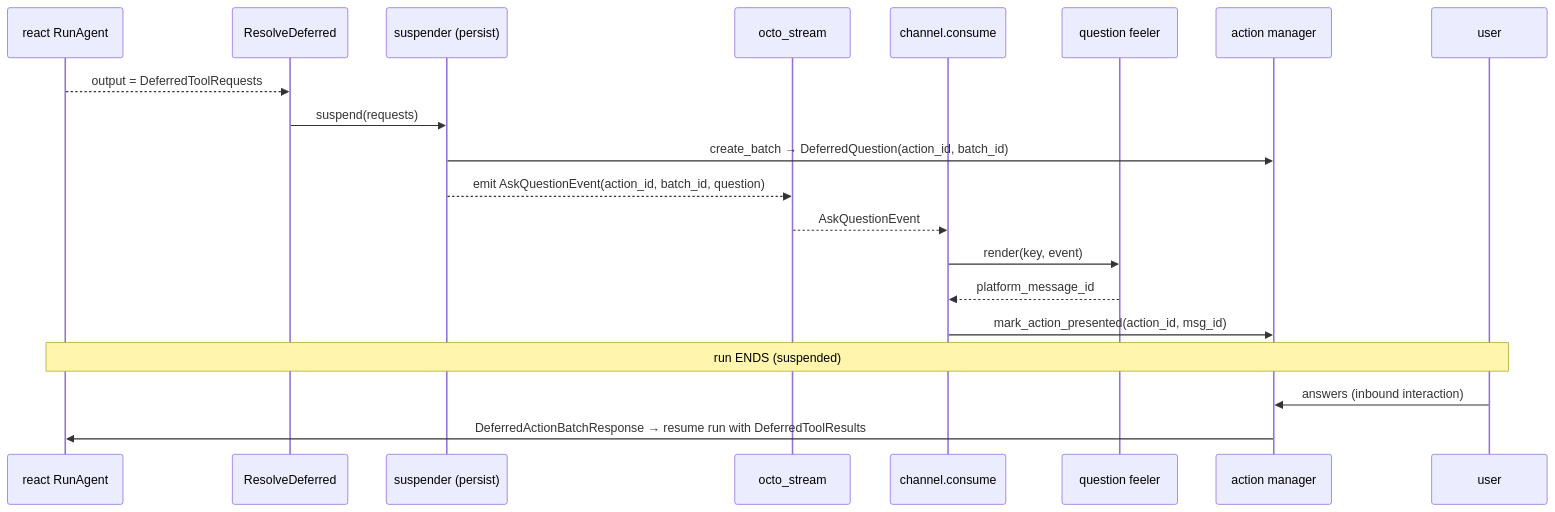
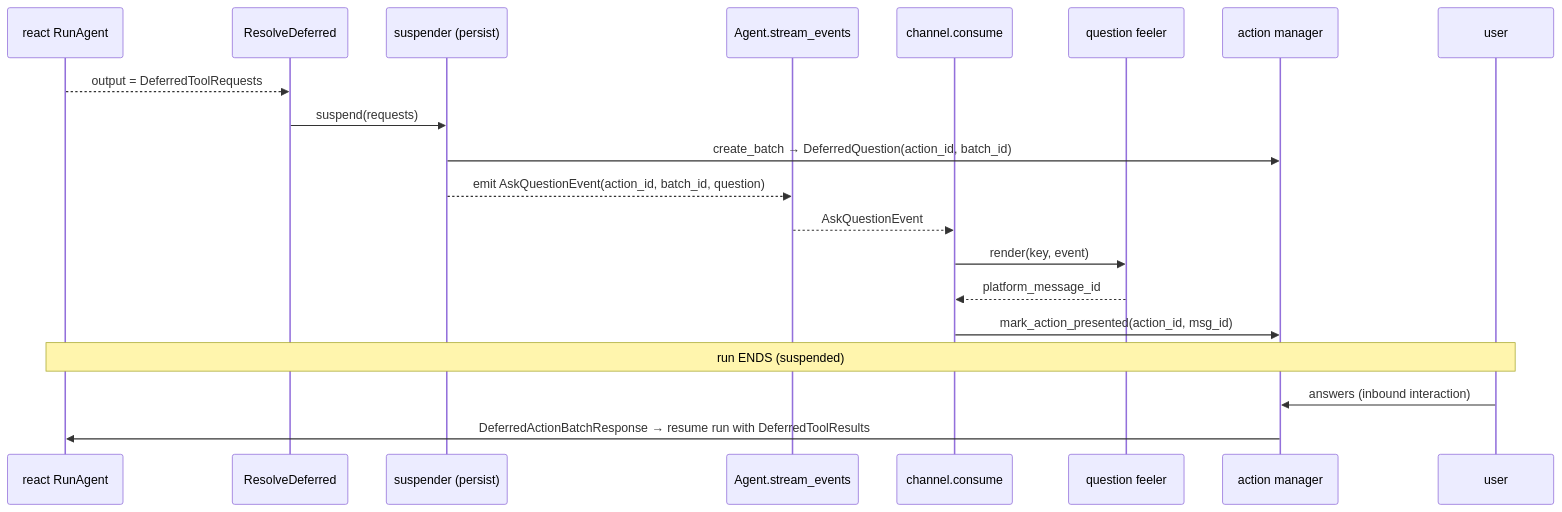
One commit to kalynnka/octomate changed the fifth of 6 diagrams in docs/plans/agent-event-stream.md. Above: the diagram before and after it, drawn with Mermaid. The commit also changed other lines of this file and 16 other files, not shown here.

````diff
--- a/docs/plans/agent-event-stream.md
+++ b/docs/plans/agent-event-stream.md
@@ -225,23 +250,23 @@
 ```mermaid
 sequenceDiagram
     participant Run as react RunAgent
     participant RD as ResolveDeferred
     participant SUS as suspender (persist)
-    participant N as octo_stream
+    participant N as Agent.stream_events
     participant C as channel.consume
     participant FE as question feeler
     participant AM as action manager
     participant U as user
 
     Run-->>RD: output = DeferredToolRequests
     RD->>SUS: suspend(requests)
     SUS->>AM: create_batch → DeferredQuestion(action_id, batch_id)
     SUS-->>N: emit AskQuestionEvent(action_id, batch_id, question)
     N-->>C: AskQuestionEvent
     C->>FE: render(key, event)
     FE-->>C: platform_message_id
     C->>AM: mark_action_presented(action_id, msg_id)
     Note over Run,U: run ENDS (suspended)
     U->>AM: answers (inbound interaction)
     AM->>Run: DeferredActionBatchResponse → resume run with DeferredToolResults
 ```
````
